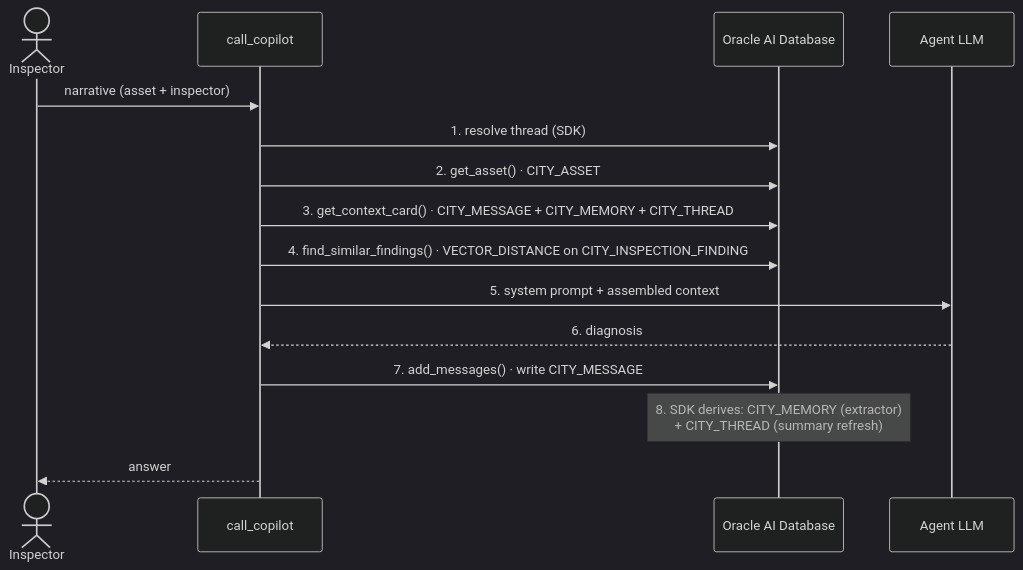
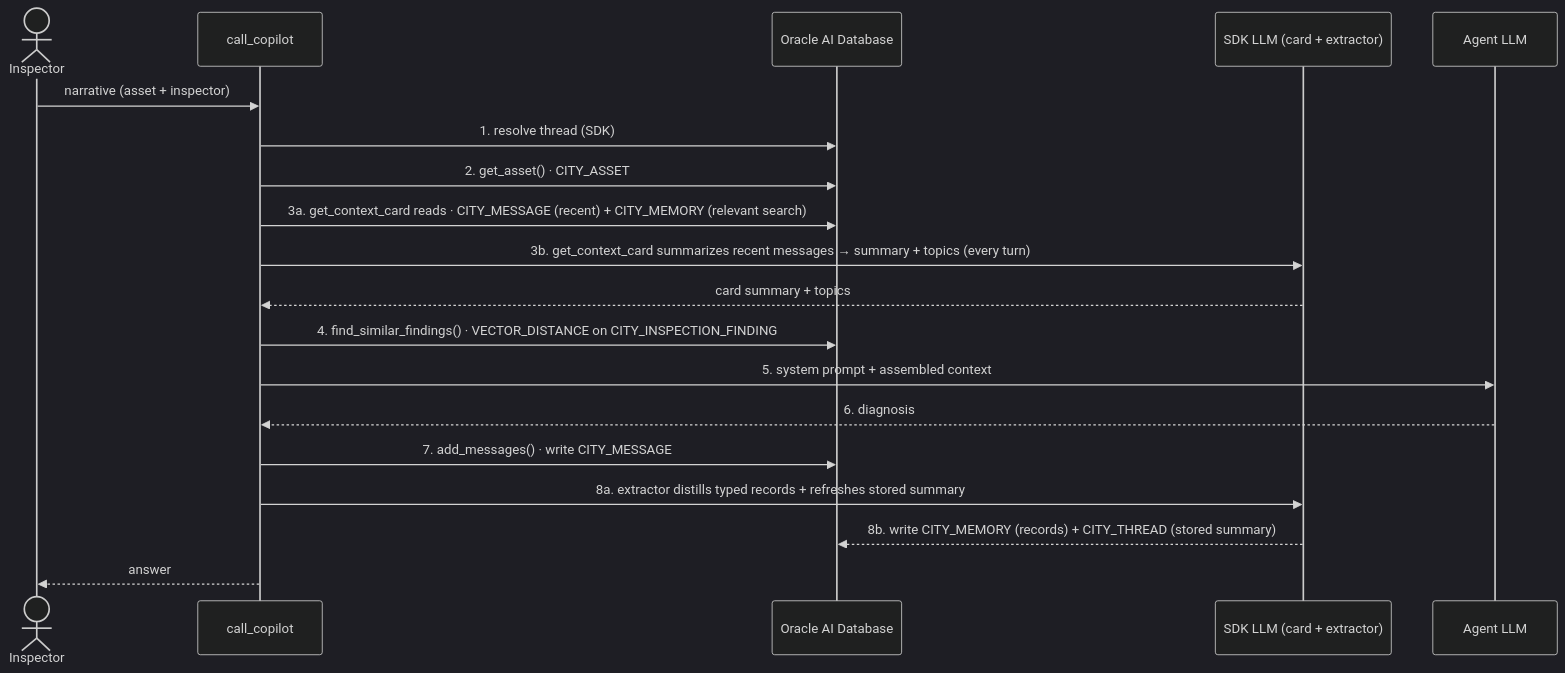
Before and after one commit to NoSQLKnowHow/LiveLabs-Image-Dev: the diagram in ingestion/jl_notebooks/agent_memory/diagrams/copilot-turn.mmd, drawn with Mermaid (dark theme). The commit also changed 1 other file, not shown here.

Commit message:
Fix memory diagrams: context card generates its summary via LLM per turn
get_context_card does NOT read the stored CITY_THREAD summary; it
regenerates summary+topics via an SDK LLM call on every read (verified
against oracleagentmemory 26.4.0 source). The stored CITY_THREAD summary
is a separate write-path artifact refreshed by add_messages/extractor.

- copilot-turn.mmd: split step 3 into card reads (MESSAGE+MEMORY) vs the
  per-turn SDK LLM summary call; make step 8 write-path summary explicit.
- big-picture.mmd: drop false context-card->CITY_THREAD read arrow; add
  SDK LLM node; relabel CITY_THREAD as write-path stored summary.

SVGs still need regeneration (no node on this machine).

```diff
--- a/ingestion/jl_notebooks/agent_memory/diagrams/copilot-turn.mmd
+++ b/ingestion/jl_notebooks/agent_memory/diagrams/copilot-turn.mmd
@@ -1,16 +1,20 @@
 sequenceDiagram
     actor I as Inspector
     participant C as call_copilot
     participant DB as Oracle AI Database
+    participant S as SDK LLM (card + extractor)
     participant L as Agent LLM
 
     I->>C: narrative (asset + inspector)
     C->>DB: 1. resolve thread (SDK)
     C->>DB: 2. get_asset() · CITY_ASSET
-    C->>DB: 3. get_context_card() · CITY_MESSAGE + CITY_MEMORY + CITY_THREAD
+    C->>DB: 3a. get_context_card reads · CITY_MESSAGE (recent) + CITY_MEMORY (relevant search)
+    C->>S: 3b. get_context_card summarizes recent messages → summary + topics (every turn)
+    S-->>C: card summary + topics
     C->>DB: 4. find_similar_findings() · VECTOR_DISTANCE on CITY_INSPECTION_FINDING
     C->>L: 5. system prompt + assembled context
     L-->>C: 6. diagnosis
     C->>DB: 7. add_messages() · write CITY_MESSAGE
-    Note over DB: 8. SDK derives: CITY_MEMORY (extractor)<br/>+ CITY_THREAD (summary refresh)
+    C->>S: 8a. extractor distills typed records + refreshes stored summary
+    S-->>DB: 8b. write CITY_MEMORY (records) + CITY_THREAD (stored summary)
     C-->>I: answer
```
